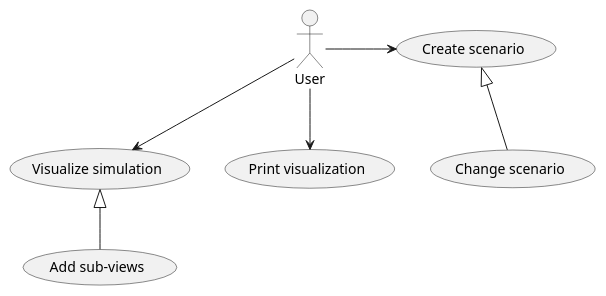
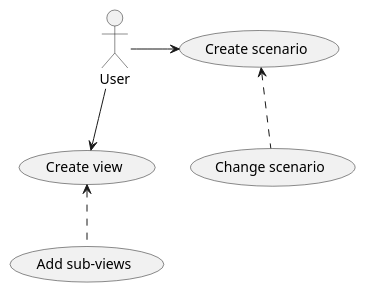
Before and after one commit to kghose/groho: the diagram in docs/uml/usecases.puml, drawn with PlantUML. The commit also changed 1 other file, not shown here.

```diff
--- a/docs/uml/usecases.puml
+++ b/docs/uml/usecases.puml
@@ -1,11 +1,9 @@
 @startuml usecases
 
 User -> (Create scenario)
-(Create scenario) <|-- (Change scenario)
+(Create scenario) <.. (Change scenario)
 
-User --> (Visualize simulation)
-(Visualize simulation) <|-- (Add sub-views)
-
-User --> (Print visualization)
+User --> (Create view)
+(Create view) <.. (Add sub-views)
 
 @enduml
```
